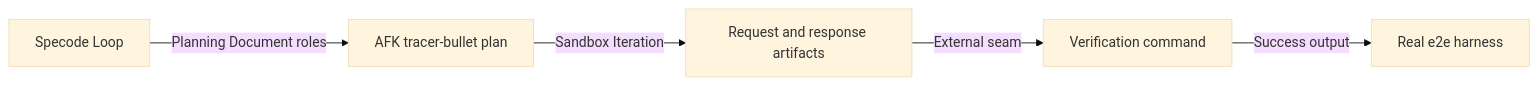
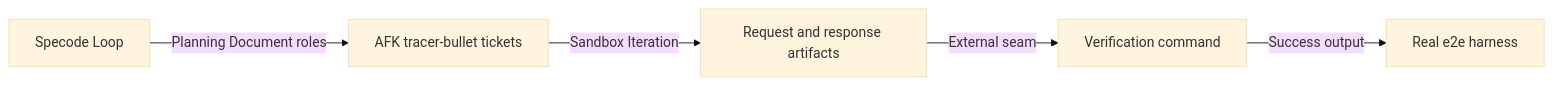
Before and after one commit to ivand200/specode_loop: the second of 2 diagrams in examples/basic/prd.md, drawn with Mermaid (base theme). The commit also changed other lines of this file and 12 other files, not shown here.

````diff
--- a/examples/basic/prd.md
+++ b/examples/basic/prd.md
@@ -84,7 +85,7 @@
 ```mermaid
 flowchart LR
-  Loop[Specode Loop] -->|Planning Document roles| Plan[AFK tracer-bullet plan]
+  Loop[Specode Loop] -->|Planning Document roles| Plan[AFK tracer-bullet tickets]
   Plan -->|Sandbox Iteration| Artifacts[Request and response artifacts]
   Artifacts -->|External seam| Verify[Verification command]
   Verify -->|Success output| E2E[Real e2e harness]
 ```
````
